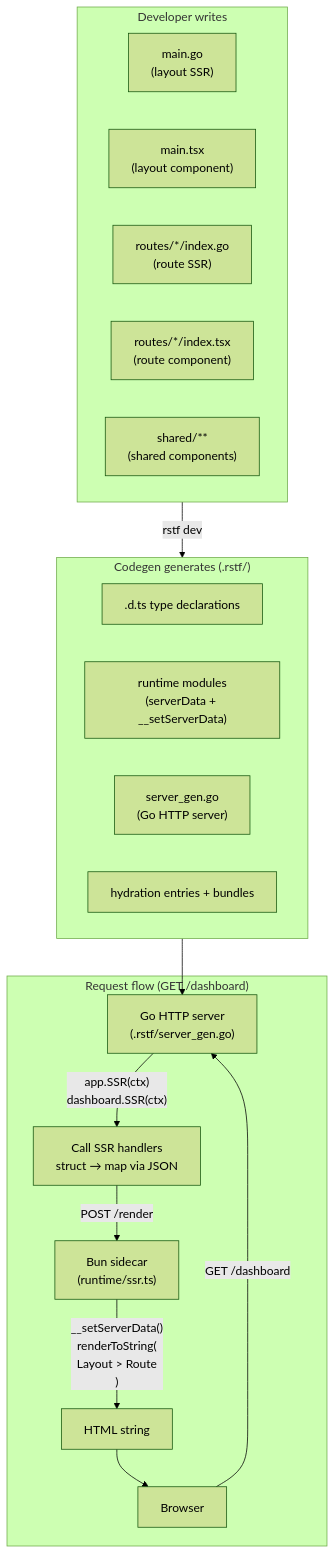
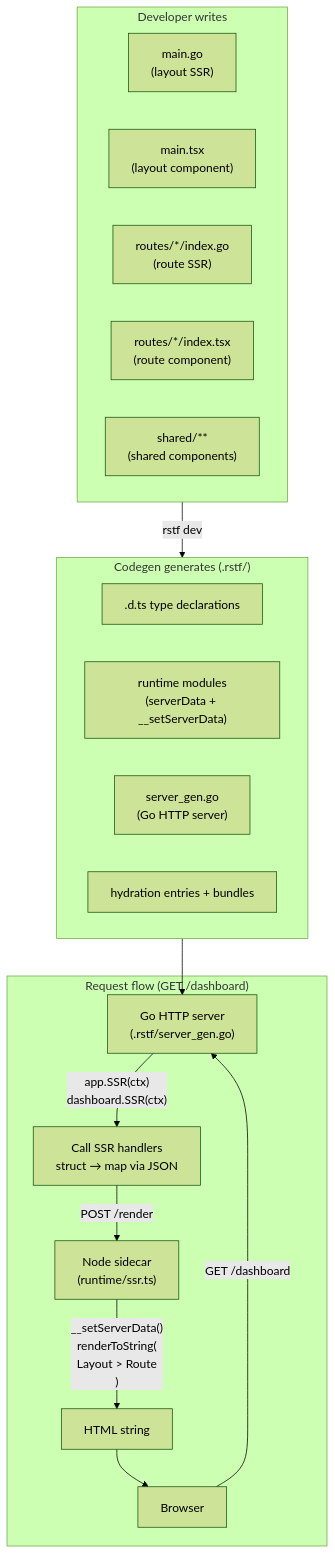
The diagram in ARCHITECTURE.md (rafbgarcia/rstf), drawn with Mermaid (forest theme) before and after one commit. The commit also changed 14 other files, not shown here.

Commit message:
replace Bun sidecar with Node sidecar runtime

````diff
--- a/ARCHITECTURE.md
+++ b/ARCHITECTURE.md
@@ -3,28 +3,28 @@
 ```mermaid
 flowchart TB
     subgraph Developer["Developer writes"]
         main_go["main.go\n(layout SSR)"]
         main_tsx["main.tsx\n(layout component)"]
         route_go["routes/*/index.go\n(route SSR)"]
         route_tsx["routes/*/index.tsx\n(route component)"]
         shared["shared/**\n(shared components)"]
     end
 
     subgraph Codegen["Codegen generates (.rstf/)"]
         types[".d.ts type declarations"]
         generated["runtime modules\n(serverData + __setServerData)"]
         server["server_gen.go\n(Go HTTP server)"]
         entries["hydration entries + bundles"]
     end
 
     subgraph Request["Request flow (GET /dashboard)"]
         browser["Browser"] -->|GET /dashboard| go_server["Go HTTP server\n(.rstf/server_gen.go)"]
         go_server -->|"app.SSR(ctx)\ndashboard.SSR(ctx)"| ssr_calls["Call SSR handlers\nstruct → map via JSON"]
-        ssr_calls -->|"POST /render"| sidecar["Bun sidecar\n(runtime/ssr.ts)"]
+        ssr_calls -->|"POST /render"| sidecar["Node sidecar\n(runtime/ssr.ts)"]
         sidecar -->|"__setServerData()\nrenderToString(\n  Layout > Route\n)"| html["HTML string"]
         html --> browser
     end
 
     Developer -->|"rstf dev"| Codegen
     Codegen --> go_server
 ```
````
